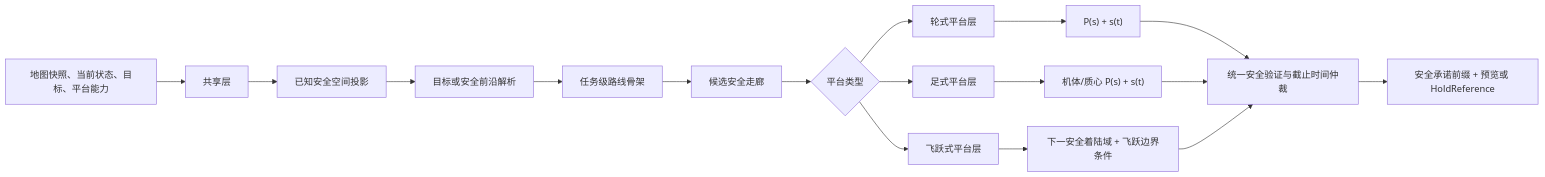
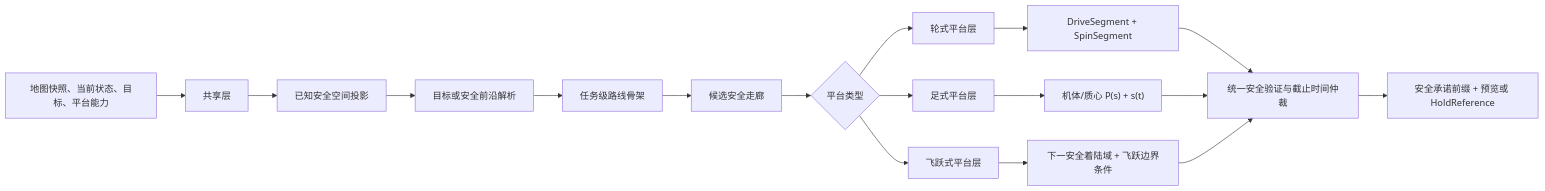
One commit to sjidnsk/lunar-path-planning changed the diagram in docs/superpowers/specs/2026-07-28-multiplatform-path-planner-v3-design.md. Above: the diagram before and after it, drawn with Mermaid. The commit also changed other lines of this file, not shown here.

````diff
--- a/docs/superpowers/specs/2026-07-28-multiplatform-path-planner-v3-design.md
+++ b/docs/superpowers/specs/2026-07-28-multiplatform-path-planner-v3-design.md
@@ -43,19 +43,19 @@
 ```mermaid
 flowchart LR
     A["地图快照、当前状态、目标、平台能力"] --> B["共享层"]
     B --> B1["已知安全空间投影"]
     B1 --> B2["目标或安全前沿解析"]
     B2 --> B3["任务级路线骨架"]
     B3 --> B4["候选安全走廊"]
     B4 --> C{"平台类型"}
     C --> W["轮式平台层"]
     C --> L["足式平台层"]
     C --> H["飞跃式平台层"]
-    W --> O1["P(s) + s(t)"]
+    W --> O1["DriveSegment + SpinSegment"]
     L --> O2["机体/质心 P(s) + s(t)"]
     H --> O3["下一安全着陆域 + 飞跃边界条件"]
     O1 --> V["统一安全验证与截止时间仲裁"]
     O2 --> V
     O3 --> V
     V --> R["安全承诺前缀 + 预览或 HoldReference"]
 ```
````
